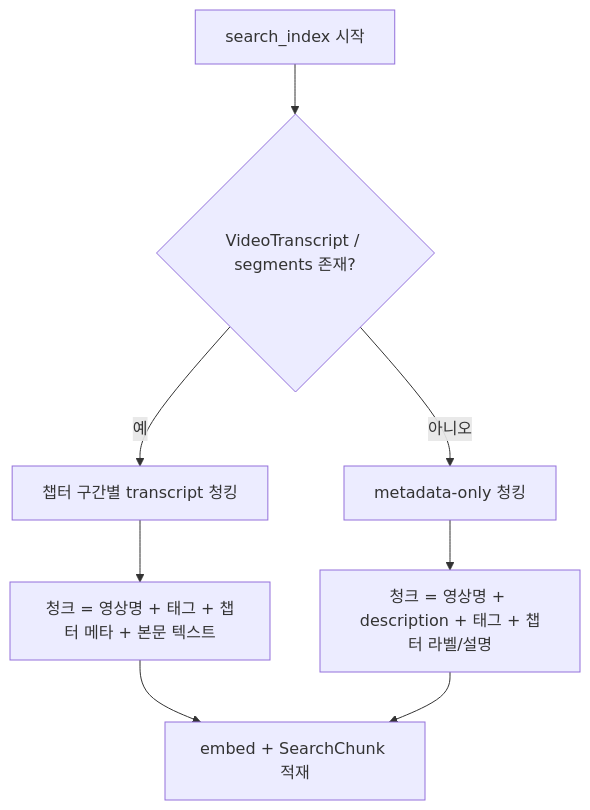
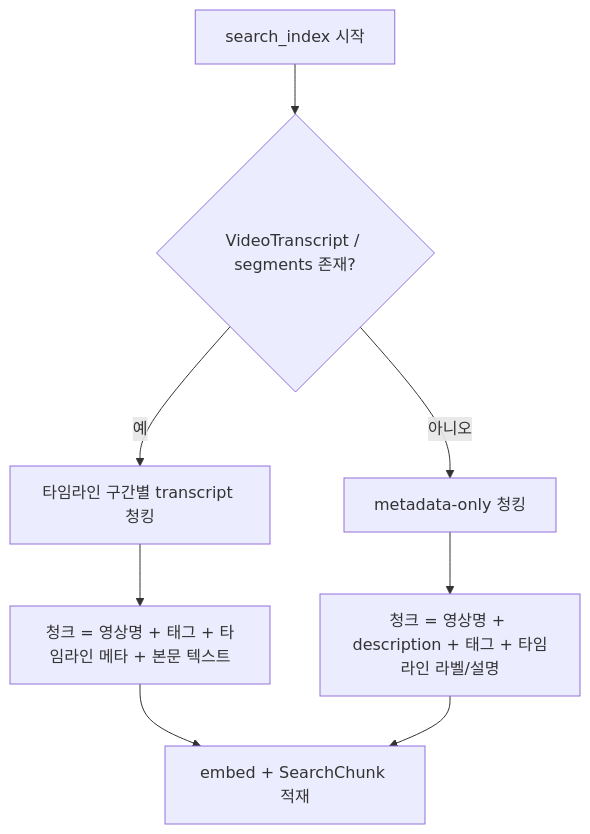
Before and after one commit to DSeung001/dseung001.github.io: the fourth of 7 diagrams in content/posts/2026/08/07/class-s-hybrid-search/index.md, drawn with Mermaid. The commit also changed other lines of this file, not shown here.

````diff
--- a/content/posts/2026/08/07/class-s-hybrid-search/index.md
+++ b/content/posts/2026/08/07/class-s-hybrid-search/index.md
@@ -332,10 +342,10 @@
 ```mermaid
 flowchart TB
   A["search_index 시작"] --> B{"VideoTranscript / segments 존재?"}
-  B -->|예| C["챕터 구간별 transcript 청킹"]
-  C --> D["청크 = 영상명 + 태그 + 챕터 메타 + 본문 텍스트"]
+  B -->|예| C["타임라인 구간별 transcript 청킹"]
+  C --> D["청크 = 영상명 + 태그 + 타임라인 메타 + 본문 텍스트"]
   B -->|아니오| E["metadata-only 청킹"]
-  E --> F["청크 = 영상명 + description + 태그 + 챕터 라벨/설명"]
+  E --> F["청크 = 영상명 + description + 태그 + 타임라인 라벨/설명"]
   D --> G["embed + SearchChunk 적재"]
   F --> G
 ```
````
